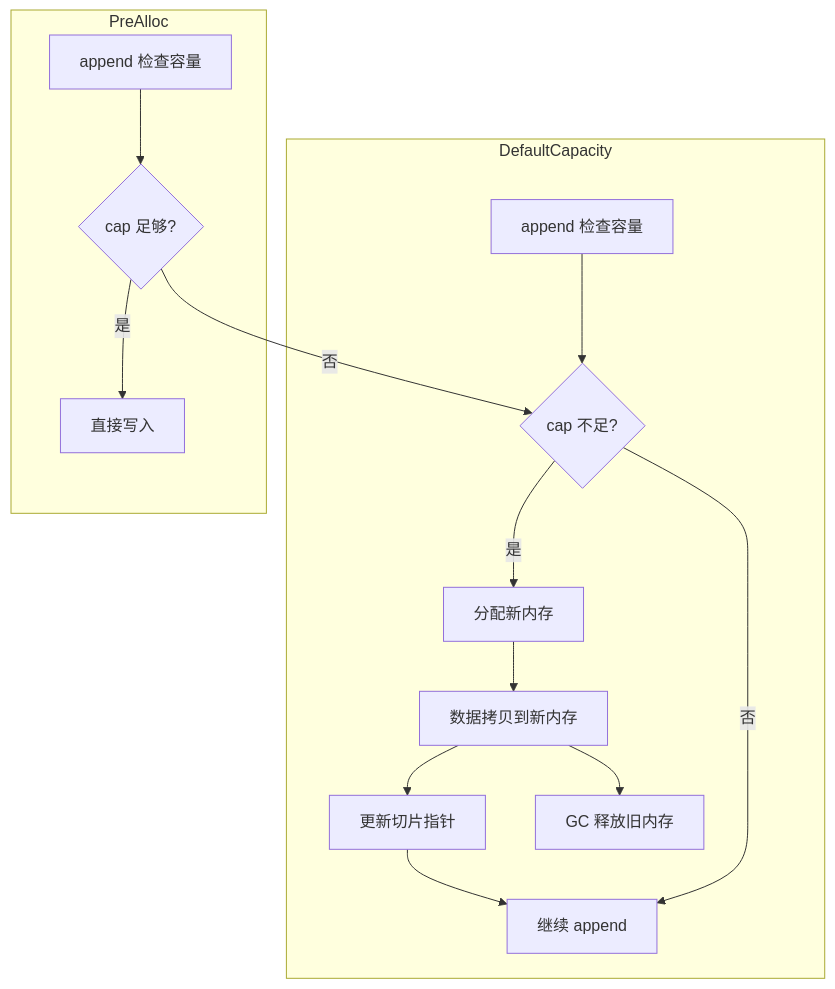
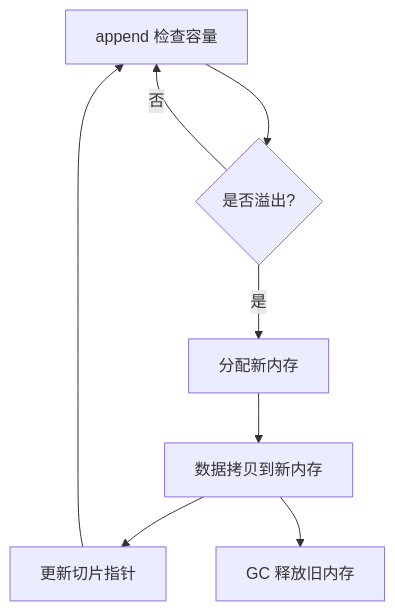
Before and after one commit to MasonChow/go-knowledge: the diagram in docs/make-slice-capacity-benchmark/README.md, drawn with Mermaid. The commit also changed other lines of this file, not shown here.

Commit message:
优化文档，删除冗余内容并补充默认容量扩容次数的说明

````diff
--- a/docs/make-slice-capacity-benchmark/README.md
+++ b/docs/make-slice-capacity-benchmark/README.md
@@ -83,28 +82,16 @@
 ```mermaid
 flowchart TD
-    subgraph DefaultCapacity
-        C0[append 检查容量]
-        C1{cap 不足?}
-        C2[分配新内存]
-        C3[数据拷贝到新内存]
-        C4[更新切片指针]
-        C5[继续 append]
-        C6[GC 释放旧内存]
-        C0 --> C1
-        C1 -- 是 --> C2
-        C2 --> C3
-        C3 --> C4
-        C4 --> C5
-        C3 --> C6
-        C1 -- 否 --> C5
-    end
-
-    subgraph PreAlloc
-        D0[append 检查容量]
-        D1{cap 足够?}
-        D2[直接写入]
-        D0 --> D1
-        D1 -- 是 --> D2
-        D1 -- 否 --> C1
-    end
+  C0[append 检查容量]
+  C1{是否溢出?}
+  C2[分配新内存]
+  C3[数据拷贝到新内存]
+  C4[更新切片指针]
+  C6[GC 释放旧内存]
+  C0 --> C1
+  C1 -- 是 --> C2
+  C2 --> C3
+  C3 --> C4
+  C4 --> C0
+  C3 --> C6
+  C1 -- 否 --> C0
 ```
````
